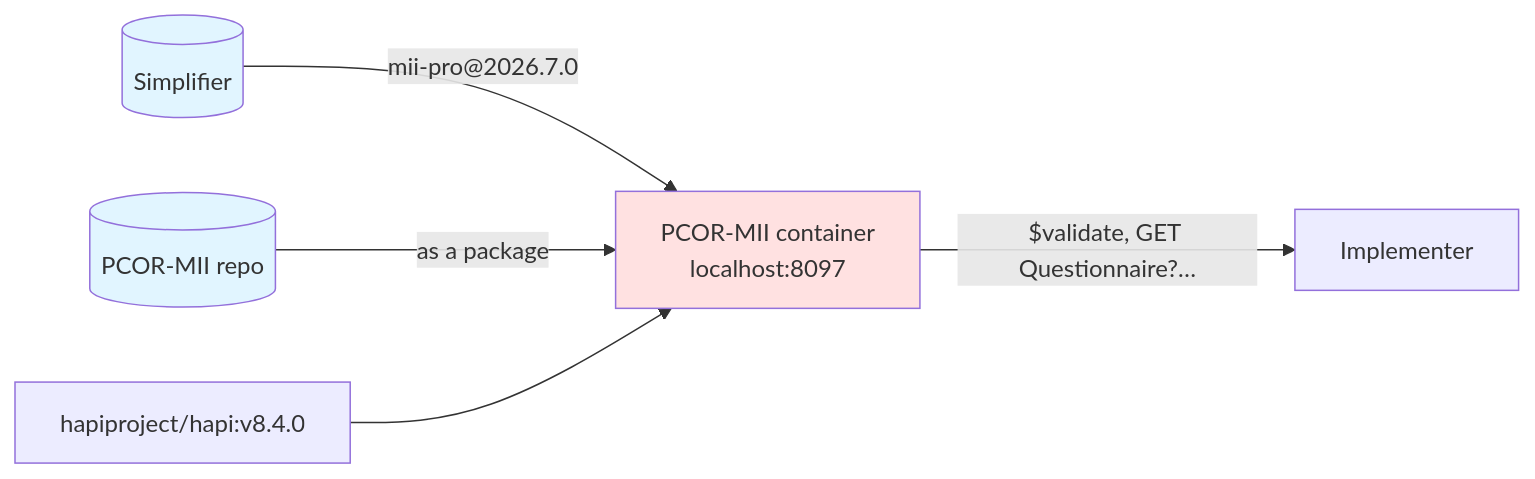
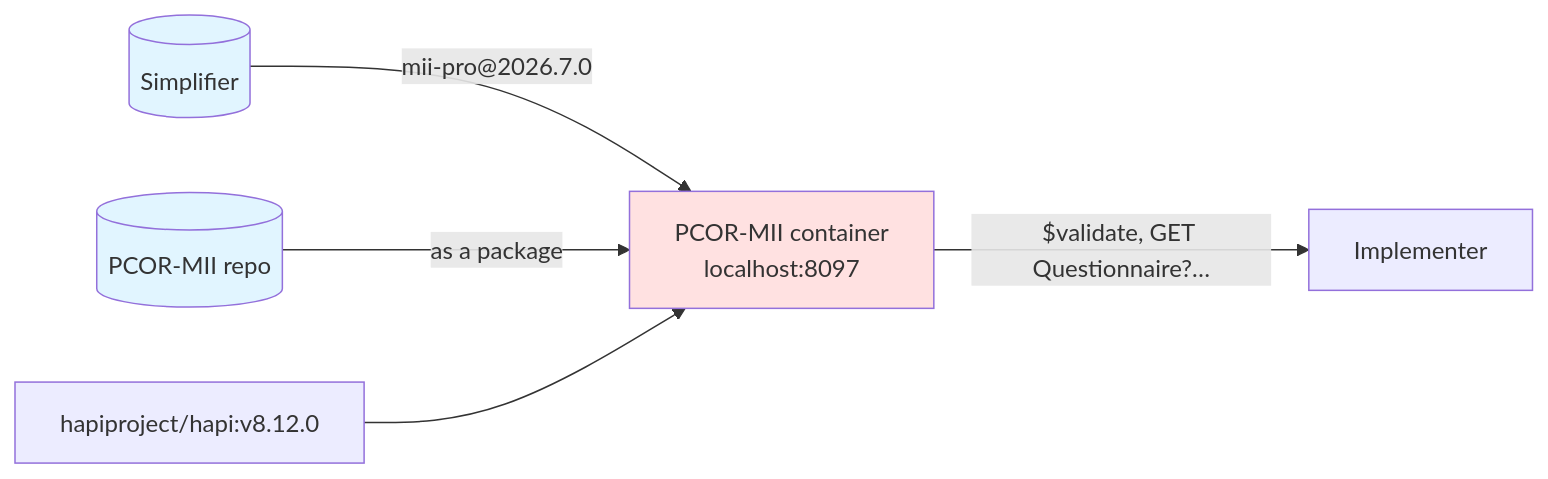
One commit to BIH-CEI/PCOR-MII changed the first of 2 diagrams in input/translations/en/pagecontent/Bereitstellung.md. Above: the diagram before and after it, drawn with Mermaid. The commit also changed 45 other files, not shown here.

````diff
--- a/input/translations/en/pagecontent/Bereitstellung.md
+++ b/input/translations/en/pagecontent/Bereitstellung.md
@@ -18,11 +18,11 @@
 ```mermaid
 flowchart LR
     SIMPLIFIER[("Simplifier")] -->|"mii-pro@2026.7.0"| HAPI
     REPO[("PCOR-MII repo")] -->|"as a package"| HAPI
-    HAPI_BASE["hapiproject/hapi:v8.4.0"] --> HAPI["PCOR-MII container<br/>localhost:8097"]
+    HAPI_BASE["hapiproject/hapi:v8.12.0"] --> HAPI["PCOR-MII container<br/>localhost:8097"]
     HAPI -->|"$validate, GET Questionnaire?…"| CLIENT["Implementer"]
 
     style HAPI fill:#ffe1e1
     style SIMPLIFIER fill:#e1f5ff
     style REPO fill:#e1f5ff
 ```
````
